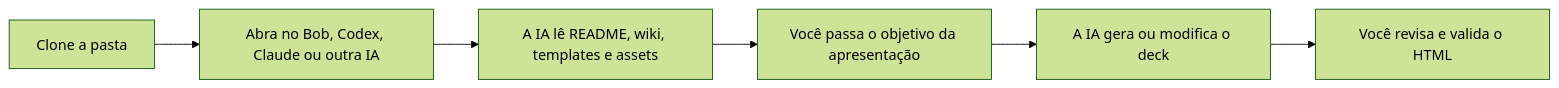
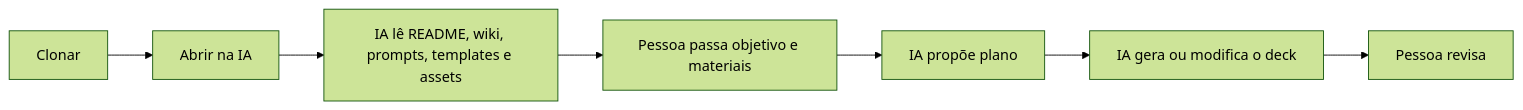
Before and after one commit to ce-bsb/presentation-factory: the diagram in README.md, drawn with Mermaid (forest theme). The commit also changed other lines of this file and 13 other files, not shown here.

````diff
--- a/README.md
+++ b/README.md
@@ -12,8 +9,9 @@
 ```mermaid
 flowchart LR
-    A["Clone a pasta"] --> B["Abra no Bob, Codex, Claude ou outra IA"]
-    B --> C["A IA lê README, wiki, templates e assets"]
-    C --> D["Você passa o objetivo da apresentação"]
-    D --> E["A IA gera ou modifica o deck"]
-    E --> F["Você revisa e valida o HTML"]
+    A["Clonar"] --> B["Abrir na IA"]
+    B --> C["IA lê README, wiki, prompts, templates e assets"]
+    C --> D["Pessoa passa objetivo e materiais"]
+    D --> E["IA propõe plano"]
+    E --> F["IA gera ou modifica o deck"]
+    F --> G["Pessoa revisa"]
 ```
````
